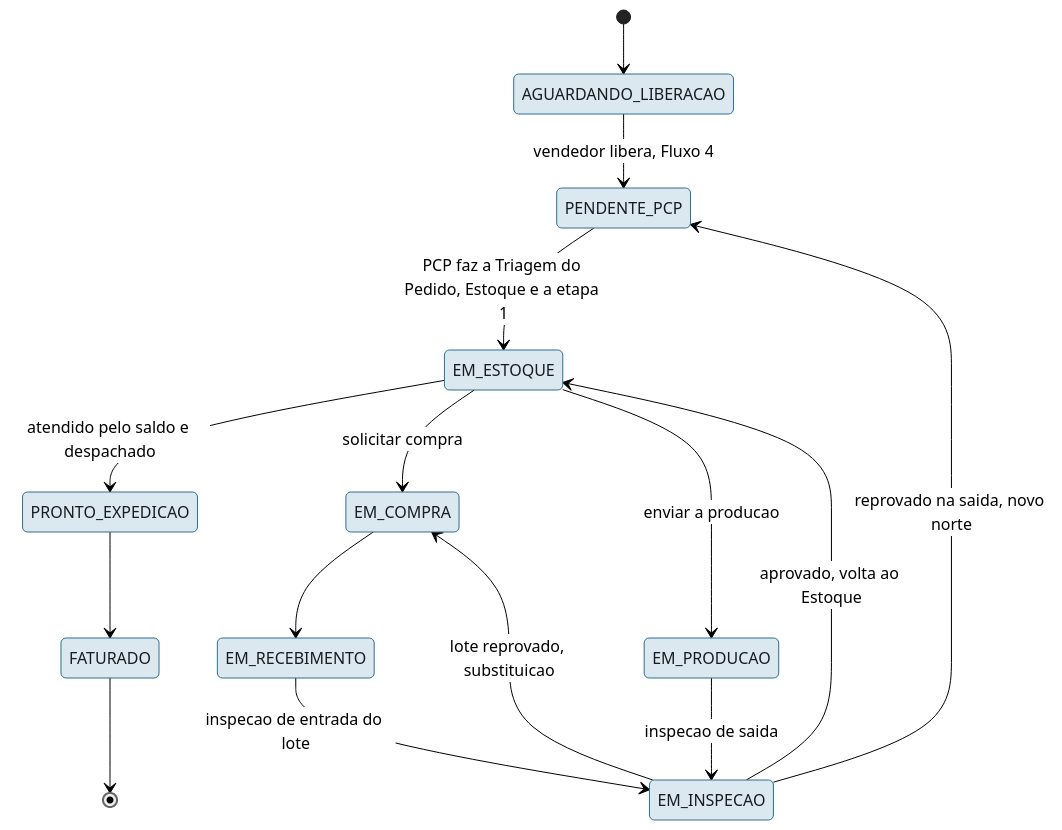
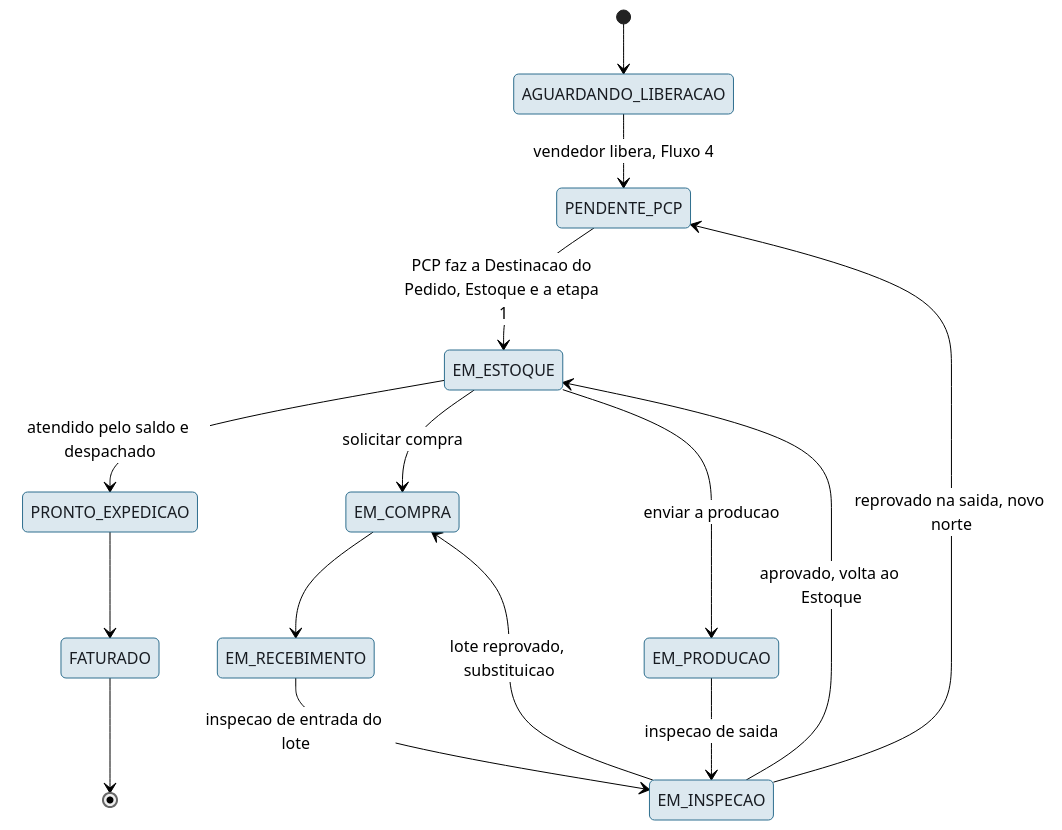
Before and after one commit to Acosvital/vault-avhub-mer: diagram 14 of 31 in 04-Arquitetura-Transversal/Diagramas-UML.md, drawn with Mermaid (neutral theme). The commit also changed other lines of this file and 13 other files, not shown here.

First line of the commit message:
docs(vault): Triagem e Destinacao do Pedido; levantamento PCP legado x MES do Robert (29 lacunas)

````diff
--- a/04-Arquitetura-Transversal/Diagramas-UML.md
+++ b/04-Arquitetura-Transversal/Diagramas-UML.md
@@ -914,20 +914,20 @@
 ```mermaid
 stateDiagram-v2
     [*] --> AGUARDANDO_LIBERACAO
     AGUARDANDO_LIBERACAO --> PENDENTE_PCP : vendedor libera, Fluxo 4
-    PENDENTE_PCP --> EM_ESTOQUE : PCP faz a Triagem do Pedido, Estoque e a etapa 1
+    PENDENTE_PCP --> EM_ESTOQUE : PCP faz a Destinacao do Pedido, Estoque e a etapa 1
     EM_ESTOQUE --> PRONTO_EXPEDICAO : atendido pelo saldo e despachado
     EM_ESTOQUE --> EM_COMPRA : solicitar compra
     EM_ESTOQUE --> EM_PRODUCAO : enviar a producao
     EM_COMPRA --> EM_RECEBIMENTO
     EM_RECEBIMENTO --> EM_INSPECAO : inspecao de entrada do lote
     EM_PRODUCAO --> EM_INSPECAO : inspecao de saida
     EM_INSPECAO --> EM_ESTOQUE : aprovado, volta ao Estoque
     EM_INSPECAO --> EM_COMPRA : lote reprovado, substituicao
     EM_INSPECAO --> PENDENTE_PCP : reprovado na saida, novo norte
     PRONTO_EXPEDICAO --> FATURADO
     FATURADO --> [*]
 
     classDef pcpStyle fill:#dce8ef,stroke:#2f6f8f,color:#181c22
     class AGUARDANDO_LIBERACAO,PENDENTE_PCP,EM_COMPRA,EM_PRODUCAO,EM_ESTOQUE,EM_RECEBIMENTO,EM_INSPECAO,PRONTO_EXPEDICAO,FATURADO pcpStyle
 ```
````
